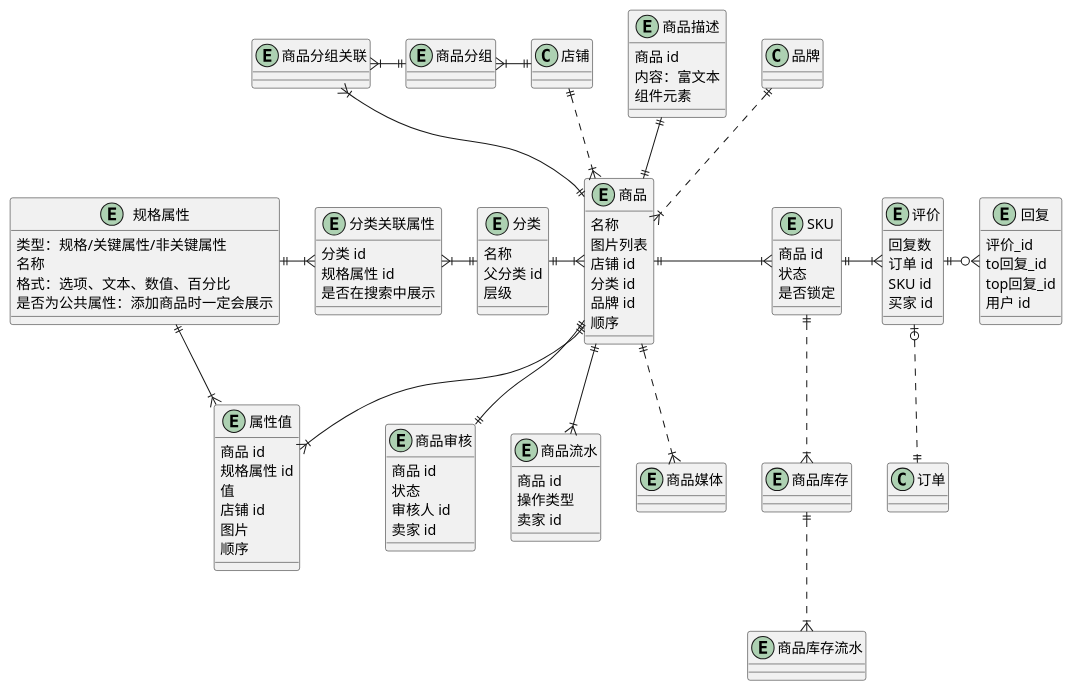
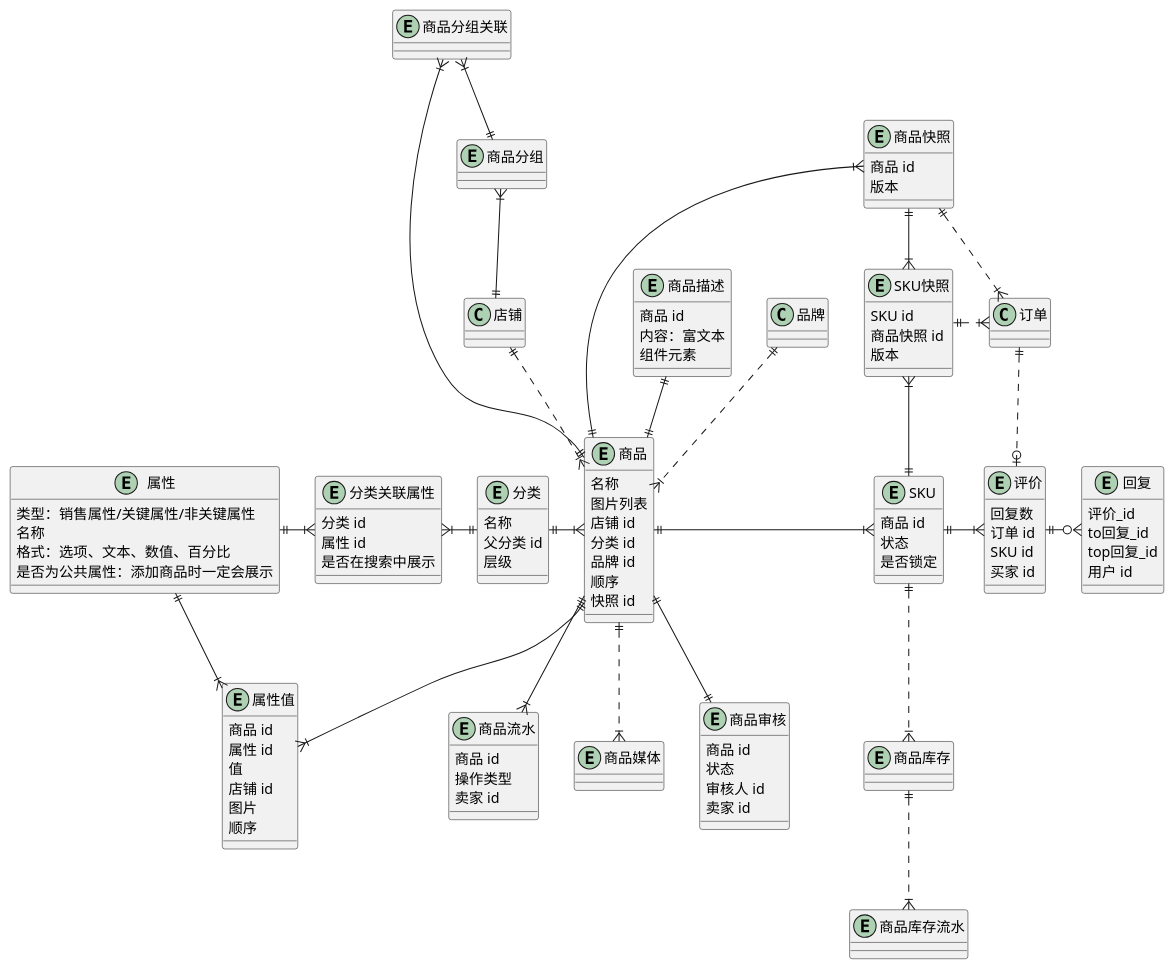
One commit to awesomecat2020/mock-mall changed the diagram in 商品.wsd. Above: the diagram before and after it, drawn with PlantUML.

Commit message:
UML-交易快照

```diff
--- a/商品.wsd
+++ b/商品.wsd
@@ -1,116 +1,133 @@
 @startuml 商品UML
 
 ' ==================== 商品 ====================
 entity 商品 {
     名称
     图片列表
     店铺 id
     分类 id
     品牌 id
     顺序
+    快照 id
 }
 entity SKU {
     商品 id
     状态
     是否锁定
 }
 entity 分类 {
     名称
     父分类 id
     层级
 }
 entity 商品审核 {
     商品 id
     状态
     审核人 id
     卖家 id
 }
 entity 商品流水 {
     商品 id
     操作类型
     卖家 id
 }
 entity 商品描述 {
     商品 id
     ' 字数要大于5个字符，小于25000个字符 ，受违禁词控制
     内容：富文本
     组件元素
 }
 entity 商品媒体 {
     ' 暂不做
 }
 entity 商品库存 {
     ' 暂不做
 }
 entity 商品库存流水 {
     ' 暂不做
 }
 entity 商品分组 {
 
 }
 entity 商品分组关联 {
 
 }
+entity 商品快照 {
+    商品 id
+    版本
+}
+entity SKU快照 {
+    SKU id
+    商品快照 id
+    版本
+}
 
 店铺 ||..|{ 商品
 商品 }|.u.|| 品牌
 分类 ||-|{ 商品
 商品 ||-|{ SKU
 商品 ||--|| 商品审核
 商品 ||--|{ 商品流水
 商品 ||-u-|| 商品描述
 商品 ||..|{ 商品媒体
 SKU ||..|{ 商品库存
 商品库存 ||..|{ 商品库存流水
+' 分组
+店铺 ||-u-|{ 商品分组
+商品分组关联 }|--|| 商品分组
 商品 ||-u-|{ 商品分组关联
-商品分组关联 }|-|| 商品分组
-店铺 ||-l-|{ 商品分组
+' 快照
+SKU ||-u-|{ SKU快照
+SKU快照 ||.|{ 订单
+商品快照 ||--|{ SKU快照
+商品 ||-u-|{ 商品快照
+商品快照 ||.|{ 订单
 
 ' ==================== 属性 ====================
-entity 规格属性 {
-    ' 分类不同，规则属性不同
-    类型：规格/关键属性/非关键属性
+entity 属性 {
+    ' 分类不同，属性不同
+    类型：销售属性/关键属性/非关键属性
     名称
     格式：选项、文本、数值、百分比
     是否为公共属性：添加商品时一定会展示
 }
 entity 分类关联属性 {
     分类 id
-    规格属性 id
+    属性 id
     是否在搜索中展示
 }
 entity 属性值 {
     商品 id
-    规格属性 id
+    属性 id
     值
     店铺 id
     图片
     顺序
 }
 
-规格属性 ||-|{ 分类关联属性
+属性 ||-|{ 分类关联属性
 分类关联属性 }|-|| 分类
-规格属性 ||--|{ 属性值
+属性 ||--|{ 属性值
 商品 ||--|{ 属性值
 
 
 ' ==================== 评价 ====================
 entity 评价 {
     回复数
     订单 id
     SKU id
     买家 id
 }
 entity 回复 {
     评价_id
     to回复_id
     top回复_id
     用户 id
 }
 
 
 SKU ||-|{ 评价
-评价 |o..|| 订单
+评价 |o.u.|| 订单
 评价 ||-o{ 回复
 
 @enduml
```
